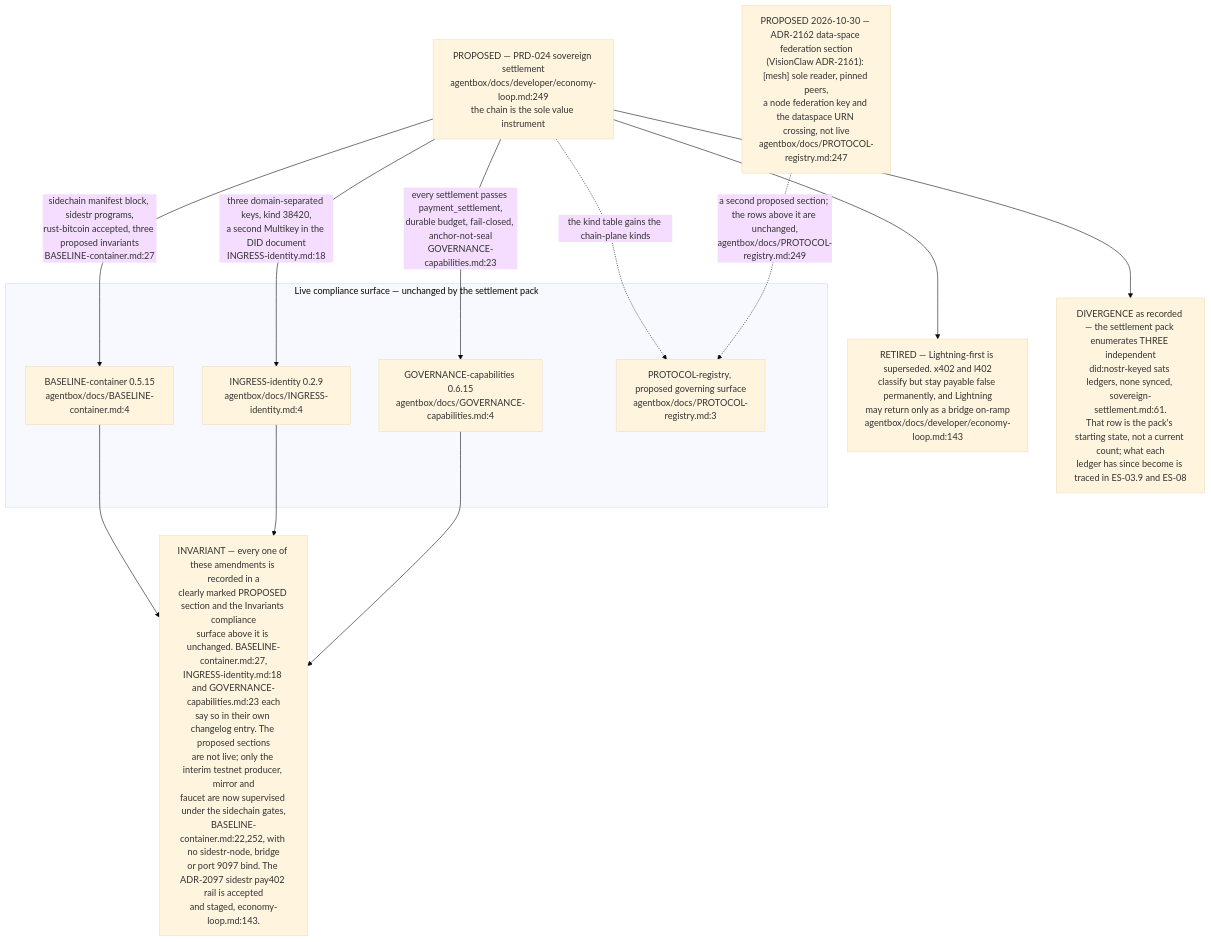
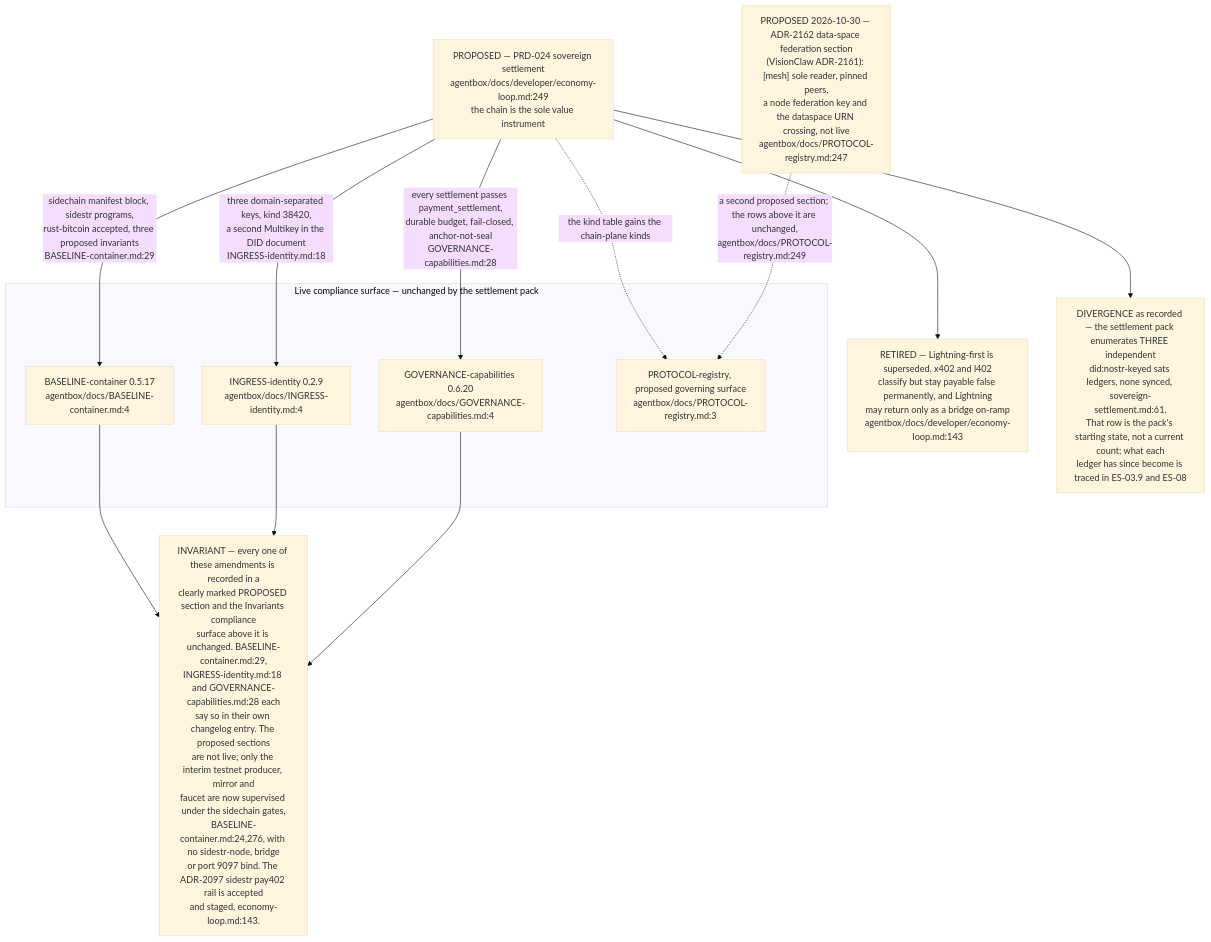
Before and after one commit to DreamLab-AI/VisionFlow: the eighth of 8 diagrams in docs/diagrams/estate/01-estate-topology.md, drawn with Mermaid (base theme). The commit also changed other lines of this file and 5 other files, not shown here.

````diff
--- a/docs/diagrams/estate/01-estate-topology.md
+++ b/docs/diagrams/estate/01-estate-topology.md
@@ -341,30 +342,30 @@
 ```mermaid
 flowchart TB
     subgraph LIVE["Live compliance surface — unchanged by the settlement pack"]
-        BC["BASELINE-container 0.5.15<br/>agentbox/docs/BASELINE-container.md:4"]
+        BC["BASELINE-container 0.5.17<br/>agentbox/docs/BASELINE-container.md:4"]
         IG["INGRESS-identity 0.2.9<br/>agentbox/docs/INGRESS-identity.md:4"]
-        GC["GOVERNANCE-capabilities 0.6.15<br/>agentbox/docs/GOVERNANCE-capabilities.md:4"]
+        GC["GOVERNANCE-capabilities 0.6.20<br/>agentbox/docs/GOVERNANCE-capabilities.md:4"]
         PR["PROTOCOL-registry, proposed governing surface<br/>agentbox/docs/PROTOCOL-registry.md:3"]
     end
 
     PRD["PROPOSED — PRD-024 sovereign settlement<br/>agentbox/docs/developer/economy-loop.md:249<br/>the chain is the sole value instrument"]
 
-    PRD -->|"sidechain manifest block, sidestr programs,<br/>rust-bitcoin accepted, three proposed invariants<br/>BASELINE-container.md:27"| BC
+    PRD -->|"sidechain manifest block, sidestr programs,<br/>rust-bitcoin accepted, three proposed invariants<br/>BASELINE-container.md:29"| BC
     PRD -->|"three domain-separated keys, kind 38420,<br/>a second Multikey in the DID document<br/>INGRESS-identity.md:18"| IG
-    PRD -->|"every settlement passes payment_settlement,<br/>durable budget, fail-closed, anchor-not-seal<br/>GOVERNANCE-capabilities.md:23"| GC
+    PRD -->|"every settlement passes payment_settlement,<br/>durable budget, fail-closed, anchor-not-seal<br/>GOVERNANCE-capabilities.md:28"| GC
     PRD -.->|"the kind table gains the chain-plane kinds"| PR
 
     FED["PROPOSED 2026-10-30 — ADR-2162 data-space federation section<br/>(VisionClaw ADR-2161): [mesh] sole reader, pinned peers,<br/>a node federation key and the dataspace URN crossing, not live<br/>agentbox/docs/PROTOCOL-registry.md:247"]
     FED -.->|"a second proposed section; the rows above it are unchanged,<br/>agentbox/docs/PROTOCOL-registry.md:249"| PR
 
     RET["RETIRED — Lightning-first is superseded. x402 and l402<br/>classify but stay payable false permanently, and Lightning<br/>may return only as a bridge on-ramp<br/>agentbox/docs/developer/economy-loop.md:143"]
     PRD --> RET
 
-    INV["INVARIANT — every one of these amendments is recorded in a<br/>clearly marked PROPOSED section and the Invariants compliance<br/>surface above it is unchanged. BASELINE-container.md:27,<br/>INGRESS-identity.md:18 and GOVERNANCE-capabilities.md:23 each<br/>say so in their own changelog entry. The proposed sections<br/>are not live; only the interim testnet producer, mirror and<br/>faucet are now supervised under the sidechain gates,<br/>BASELINE-container.md:22,252, with no sidestr-node, bridge<br/>or port 9097 bind. The ADR-2097 sidestr pay402 rail is accepted<br/>and staged, economy-loop.md:143."]
+    INV["INVARIANT — every one of these amendments is recorded in a<br/>clearly marked PROPOSED section and the Invariants compliance<br/>surface above it is unchanged. BASELINE-container.md:29,<br/>INGRESS-identity.md:18 and GOVERNANCE-capabilities.md:28 each<br/>say so in their own changelog entry. The proposed sections<br/>are not live; only the interim testnet producer, mirror and<br/>faucet are now supervised under the sidechain gates,<br/>BASELINE-container.md:24,276, with no sidestr-node, bridge<br/>or port 9097 bind. The ADR-2097 sidestr pay402 rail is accepted<br/>and staged, economy-loop.md:143."]
     BC --> INV
     IG --> INV
     GC --> INV
 
     LEDG["DIVERGENCE as recorded — the settlement pack enumerates THREE independent<br/>did:nostr-keyed sats ledgers, none synced, sovereign-settlement.md:61.<br/>That row is the pack's starting state, not a current count; what each<br/>ledger has since become is traced in ES-03.9 and ES-08"]
     PRD --> LEDG
 ```
````
